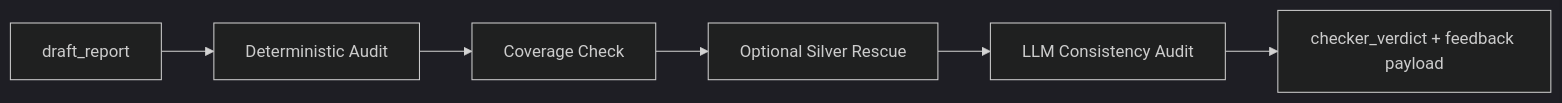
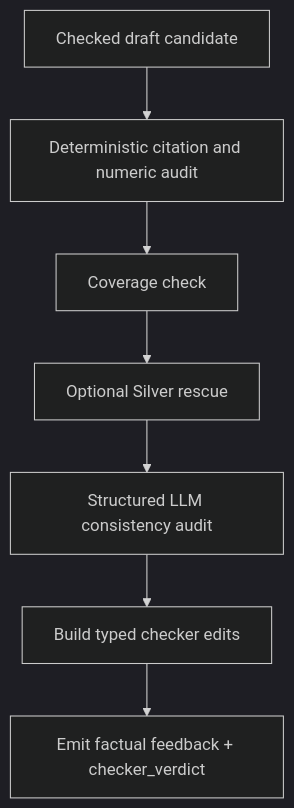
Before and after one commit to maxineyu521/AutoOption-Financial-Intelligence-Workspace: the diagram in docs/agent/Node_Checker.md, drawn with Mermaid (dark theme). The commit also changed other lines of this file and 5 other files, not shown here.

````diff
--- a/docs/agent/Node_Checker.md
+++ b/docs/agent/Node_Checker.md
@@ -17,8 +27,9 @@
 ```mermaid
-flowchart LR
-    D[draft_report] --> A[Deterministic Audit]
-    A --> B[Coverage Check]
-    B --> C[Optional Silver Rescue]
-    C --> L[LLM Consistency Audit]
-    L --> V[checker_verdict + feedback payload]
+flowchart TD
+    A["Checked draft candidate"] --> B["Deterministic citation and numeric audit"]
+    B --> C["Coverage check"]
+    C --> D["Optional Silver rescue"]
+    D --> E["Structured LLM consistency audit"]
+    E --> F["Build typed checker edits"]
+    F --> G["Emit factual feedback + checker_verdict"]
 ```
````
